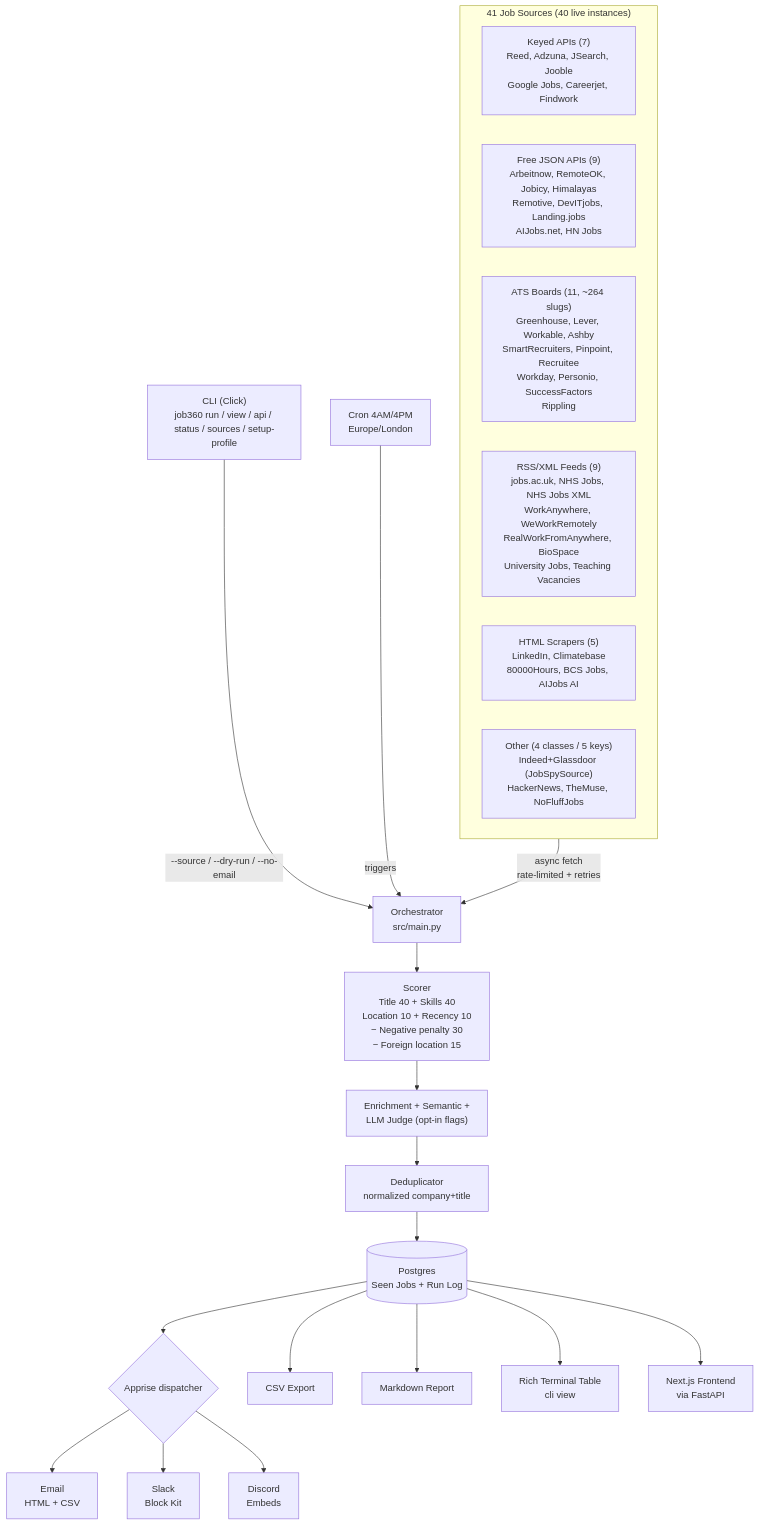
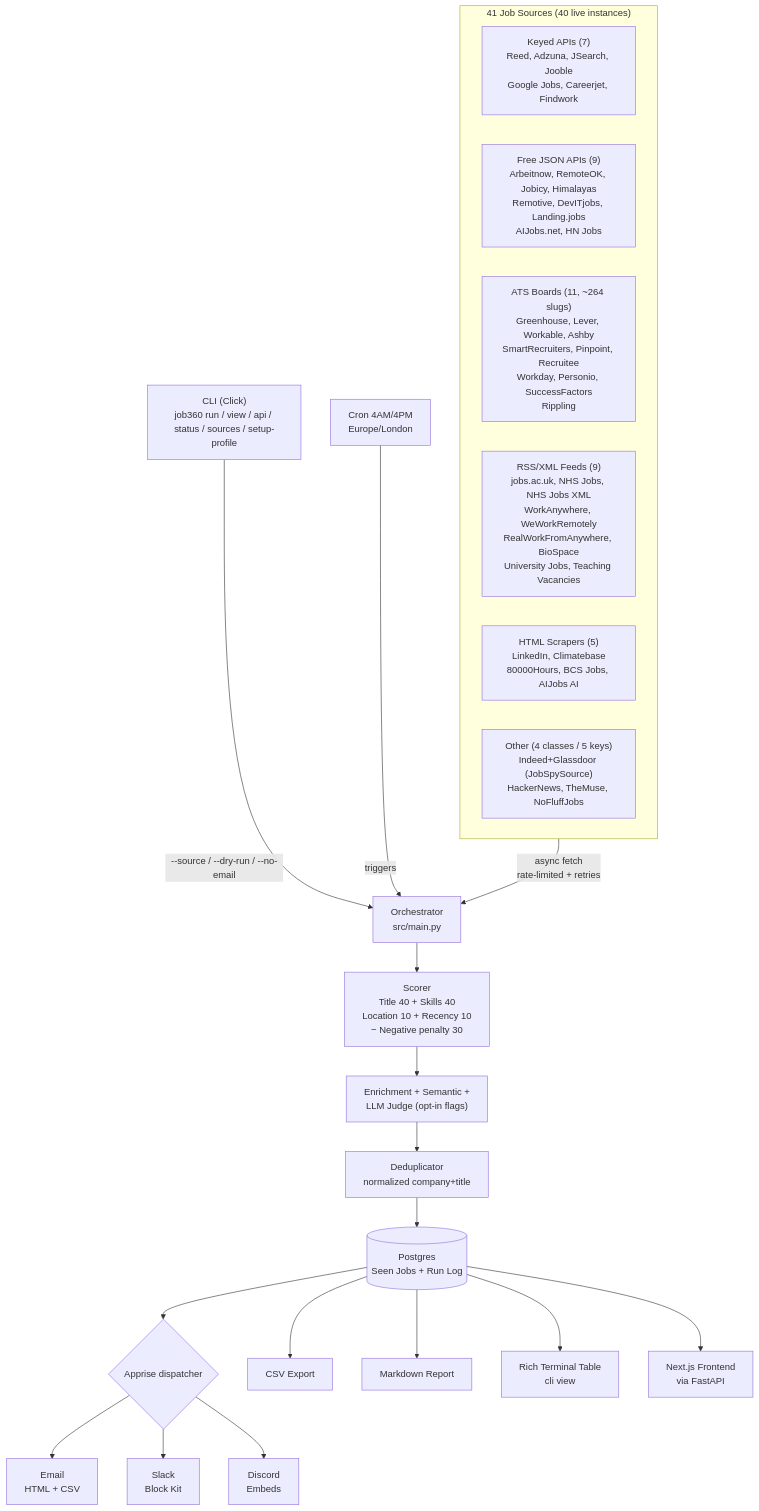
Before and after one commit to Ranjith36963/job360: the diagram in README.md, drawn with Mermaid. The commit also changed other lines of this file and 2 other files, not shown here.

First line of the commit message:
docs: daily truth check — scorer version, dim gate, dead foreign penalty

````diff
--- a/README.md
+++ b/README.md
@@ -16,33 +16,33 @@
 ```mermaid
 flowchart TD
     CLI["CLI (Click)\njob360 run / view / api / status / sources / setup-profile"]
     Cron["Cron 4AM/4PM\nEurope/London"]
 
     subgraph Sources["41 Job Sources (40 live instances)"]
         direction LR
         KeyedAPIs["Keyed APIs (7)\nReed, Adzuna, JSearch, Jooble\nGoogle Jobs, Careerjet, Findwork"]
         FreeJSON["Free JSON APIs (9)\nArbeitnow, RemoteOK, Jobicy, Himalayas\nRemotive, DevITjobs, Landing.jobs\nAIJobs.net, HN Jobs"]
         ATSBoards["ATS Boards (11, ~264 slugs)\nGreenhouse, Lever, Workable, Ashby\nSmartRecruiters, Pinpoint, Recruitee\nWorkday, Personio, SuccessFactors\nRippling"]
         RSSFeeds["RSS/XML Feeds (9)\njobs.ac.uk, NHS Jobs, NHS Jobs XML\nWorkAnywhere, WeWorkRemotely\nRealWorkFromAnywhere, BioSpace\nUniversity Jobs, Teaching Vacancies"]
         HTMLScrapers["HTML Scrapers (5)\nLinkedIn, Climatebase\n80000Hours, BCS Jobs, AIJobs AI"]
         OtherSources["Other (4 classes / 5 keys)\nIndeed+Glassdoor (JobSpySource)\nHackerNews, TheMuse, NoFluffJobs"]
     end
 
     CLI -->|"--source / --dry-run / --no-email"| Orchestrator["Orchestrator\nsrc/main.py"]
     Cron -->|triggers| Orchestrator
     Sources -->|async fetch\nrate-limited + retries| Orchestrator
-    Orchestrator --> Scorer["Scorer\nTitle 40 + Skills 40\nLocation 10 + Recency 10\n− Negative penalty 30\n− Foreign location 15"]
+    Orchestrator --> Scorer["Scorer\nTitle 40 + Skills 40\nLocation 10 + Recency 10\n− Negative penalty 30"]
     Scorer --> OptEngines["Enrichment + Semantic +\nLLM Judge (opt-in flags)"]
     OptEngines --> Dedup[Deduplicator\nnormalized company+title]
     Dedup --> DB[(Postgres\nSeen Jobs + Run Log)]
 
     DB --> Channels{Apprise dispatcher}
     Channels --> Email[Email\nHTML + CSV]
     Channels --> Slack[Slack\nBlock Kit]
     Channels --> Discord[Discord\nEmbeds]
 
     DB --> CSV[CSV Export]
     DB --> Report[Markdown Report]
     DB --> RichTable[Rich Terminal Table\ncli view]
     DB --> NextJS[Next.js Frontend\nvia FastAPI]
 ```
````
